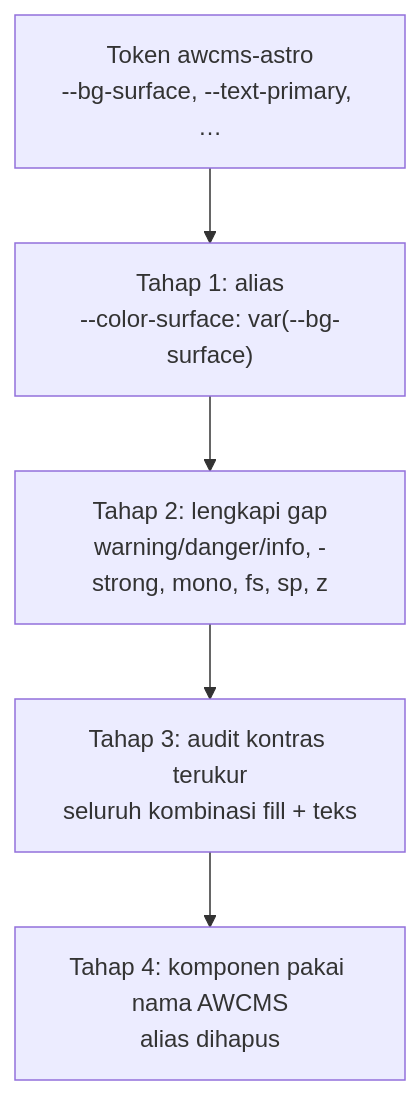
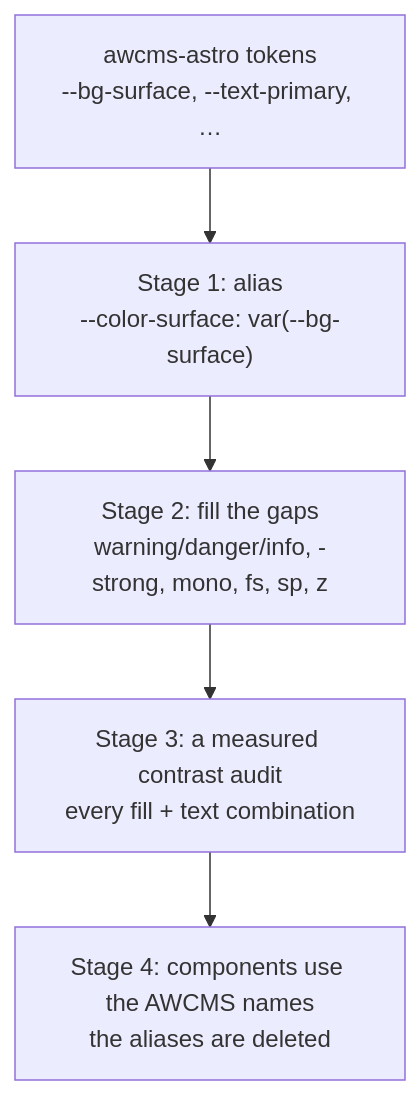
One commit to ahliweb/awcms-astro changed the second of 2 diagrams in docs/awcms-astro/ui-ux-design-system.md. Above: the diagram before and after it, drawn with Mermaid. The commit also changed other lines of this file and 26 other files, not shown here.

````diff
--- a/docs/awcms-astro/ui-ux-design-system.md
+++ b/docs/awcms-astro/ui-ux-design-system.md
@@ -199,7 +201,7 @@
 ```mermaid
 flowchart TD
-  Now["Token awcms-astro<br/>--bg-surface, --text-primary, …"] --> Alias["Tahap 1: alias<br/>--color-surface: var(--bg-surface)"]
-  Alias --> Add["Tahap 2: lengkapi gap<br/>warning/danger/info, -strong, mono, fs, sp, z"]
-  Add --> Audit["Tahap 3: audit kontras terukur<br/>seluruh kombinasi fill + teks"]
-  Audit --> Swap["Tahap 4: komponen pakai nama AWCMS<br/>alias dihapus"]
+  Now["awcms-astro tokens<br/>--bg-surface, --text-primary, …"] --> Alias["Stage 1: alias<br/>--color-surface: var(--bg-surface)"]
+  Alias --> Add["Stage 2: fill the gaps<br/>warning/danger/info, -strong, mono, fs, sp, z"]
+  Add --> Audit["Stage 3: a measured contrast audit<br/>every fill + text combination"]
+  Audit --> Swap["Stage 4: components use the AWCMS names<br/>the aliases are deleted"]
 ```
````
